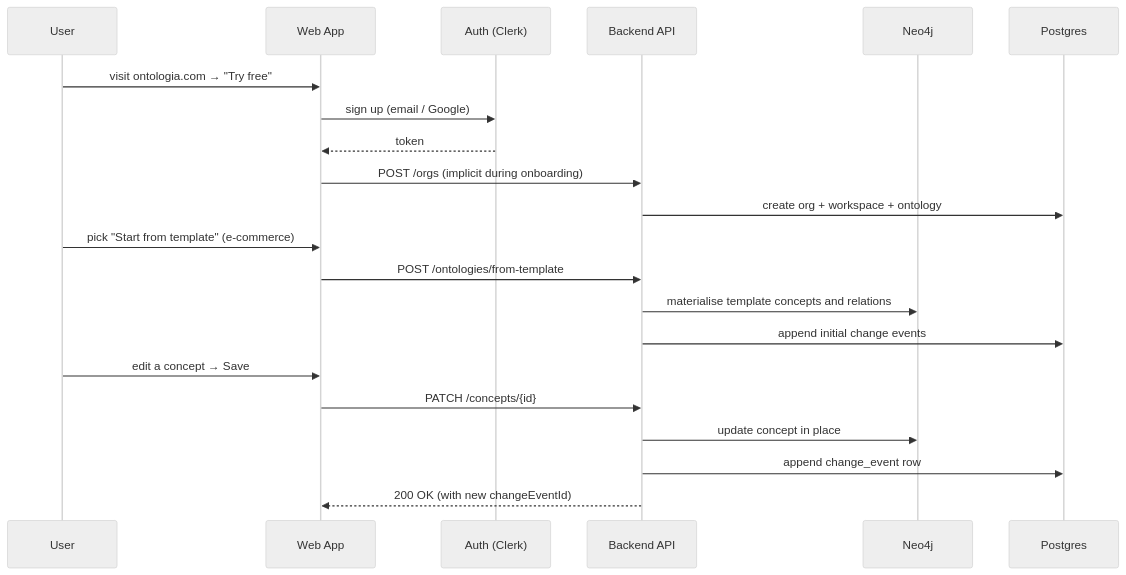
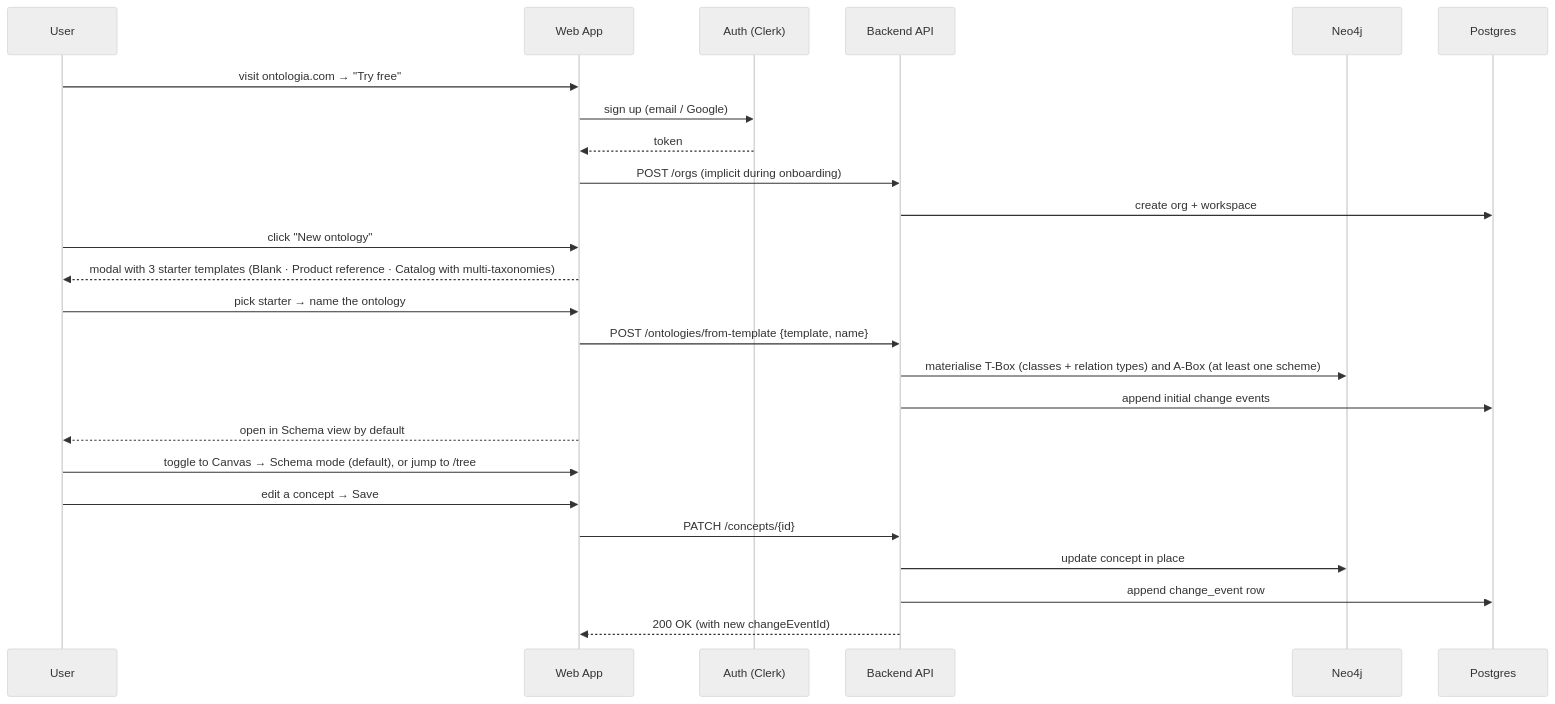
The diagram in docs/01_product/USER_FLOWS.md (vl-thinkware/Ontologia), drawn with Mermaid (neutral theme) before and after one commit. The commit also changed other lines of this file and 1246 other files, not shown here.

````diff
--- a/docs/01_product/USER_FLOWS.md
+++ b/docs/01_product/USER_FLOWS.md
@@ -15,23 +15,27 @@
 ```mermaid
 sequenceDiagram
   participant U as User
   participant W as Web App
   participant A as Auth (Clerk)
   participant B as Backend API
   participant N as Neo4j
   participant P as Postgres
   U->>W: visit ontologia.com → "Try free"
   W->>A: sign up (email / Google)
   A-->>W: token
   W->>B: POST /orgs (implicit during onboarding)
-  B->>P: create org + workspace + ontology
-  U->>W: pick "Start from template" (e-commerce)
-  W->>B: POST /ontologies/from-template
-  B->>N: materialise template concepts and relations
+  B->>P: create org + workspace
+  U->>W: click "New ontology"
+  W-->>U: modal with 3 starter templates (Blank · Product reference · Catalog with multi-taxonomies)
+  U->>W: pick starter → name the ontology
+  W->>B: POST /ontologies/from-template {template, name}
+  B->>N: materialise T-Box (classes + relation types) and A-Box (at least one scheme)
   B->>P: append initial change events
+  W-->>U: open in Schema view by default
+  U->>W: toggle to Canvas → Schema mode (default), or jump to /tree
   U->>W: edit a concept → Save
   W->>B: PATCH /concepts/{id}
   B->>N: update concept in place
   B->>P: append change_event row
   B-->>W: 200 OK (with new changeEventId)
 ```
````
